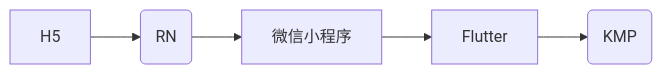
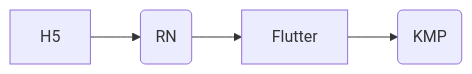
The first of 2 diagrams in kmp/跨平台概述.md (cugkuan/doc), drawn with Mermaid before and after one commit. The commit also changed other lines of this file and 1 other file, not shown here.

````diff
--- a/kmp/跨平台概述.md
+++ b/kmp/跨平台概述.md
@@ -9,11 +9,6 @@
 ```mermaid
 graph LR
-
 H5-->ReactNative(RN)
-
-ReactNative(RN) --> 微信小程序
-
-微信小程序 --> Flutter
-
+ReactNative(RN) --> 
 Flutter --> ComposeMultiplatform(KMP)
 ```
````
